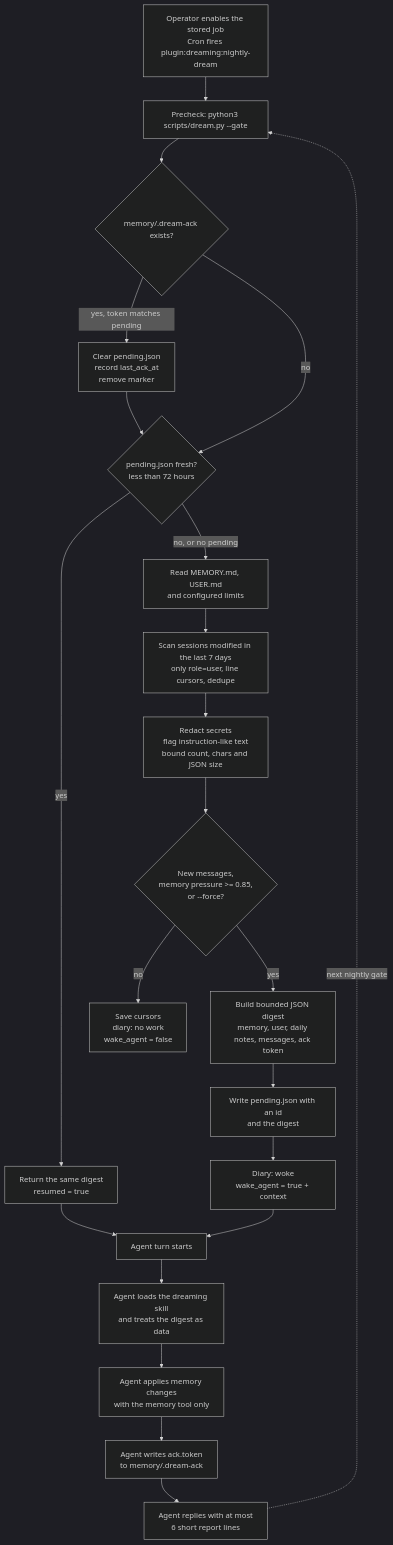
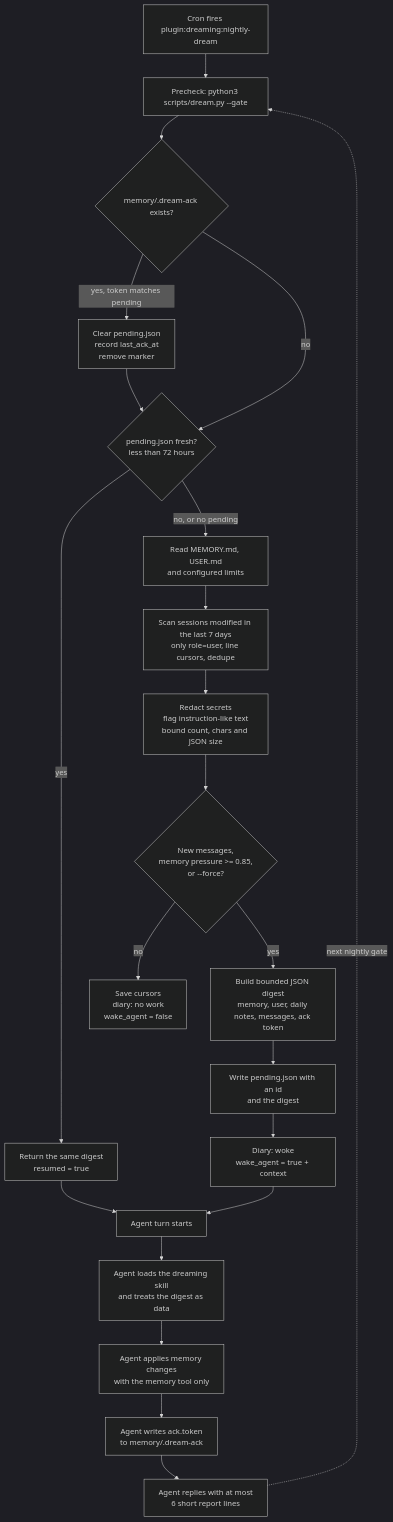
Before and after one commit to afjcjsbx/picoclaw: the first of 2 diagrams in examples/plugins/dreaming/README.md, drawn with Mermaid (dark theme). The commit also changed other lines of this file and 10 other files, not shown here.

````diff
--- a/examples/plugins/dreaming/README.md
+++ b/examples/plugins/dreaming/README.md
@@ -43,24 +43,24 @@
 ```mermaid
 flowchart TD
-    A["Operator enables the stored job<br/>Cron fires plugin:dreaming:nightly-dream"] --> B["Precheck: python3 scripts/dream.py --gate"]
+    A["Cron fires plugin:dreaming:nightly-dream"] --> B["Precheck: python3 scripts/dream.py --gate"]
     B --> C{"memory/.dream-ack exists?"}
     C -->|"yes, token matches pending"| D["Clear pending.json<br/>record last_ack_at<br/>remove marker"]
     C -->|"no"| E{"pending.json fresh?<br/>less than 72 hours"}
     D --> E
     E -->|"yes"| F["Return the same digest<br/>resumed = true"]
     E -->|"no, or no pending"| G["Read MEMORY.md, USER.md<br/>and configured limits"]
     G --> H["Scan sessions modified in the last 7 days<br/>only role=user, line cursors, dedupe"]
     H --> I["Redact secrets<br/>flag instruction-like text<br/>bound count, chars and JSON size"]
     I --> J{"New messages,<br/>memory pressure >= 0.85,<br/>or --force?"}
     J -->|"no"| K["Save cursors<br/>diary: no work<br/>wake_agent = false"]
     J -->|"yes"| L["Build bounded JSON digest<br/>memory, user, daily notes, messages, ack token"]
     L --> M["Write pending.json with an id<br/>and the digest"]
     M --> N["Diary: woke<br/>wake_agent = true + context"]
     F --> O["Agent turn starts"]
     N --> O
     O --> P["Agent loads the dreaming skill<br/>and treats the digest as data"]
     P --> Q["Agent applies memory changes<br/>with the memory tool only"]
     Q --> R["Agent writes ack.token<br/>to memory/.dream-ack"]
     R --> S["Agent replies with at most<br/>6 short report lines"]
     S -.->|"next nightly gate"| B
 ```
````
